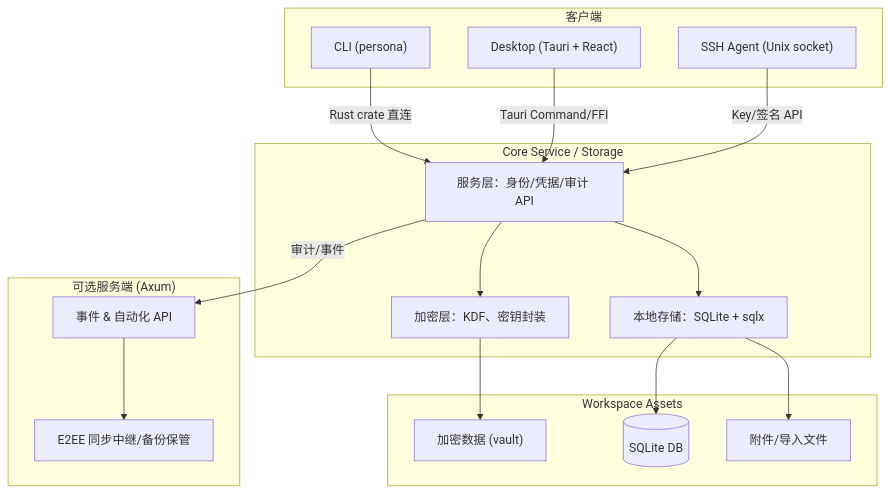
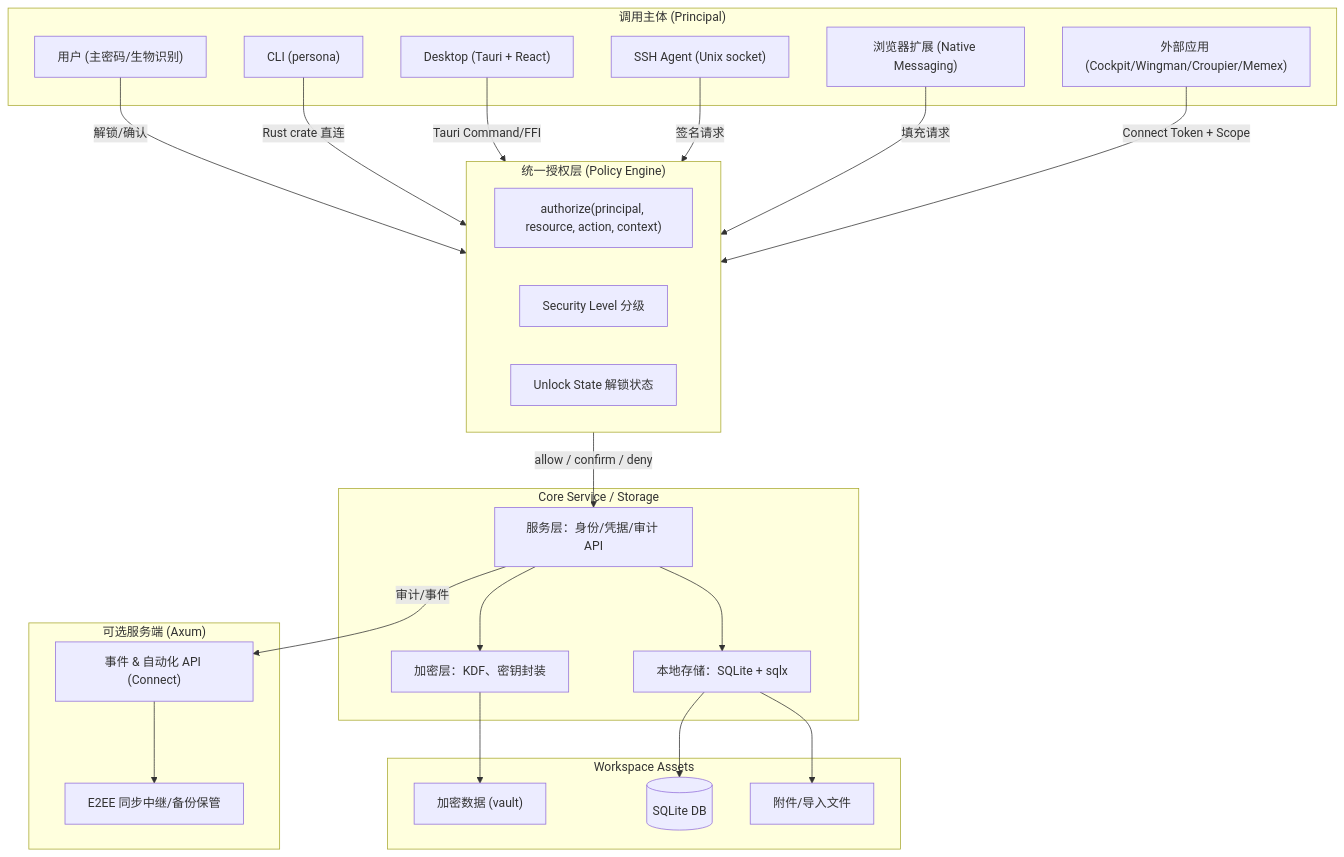
One commit to cuihairu/persona changed the first of 2 diagrams in docs/src/overview/architecture.md. Above: the diagram before and after it, drawn with Mermaid. The commit also changed other lines of this file and 1 other file, not shown here.

Commit message:
docs: add principal authz model and automation contract to architecture

````diff
--- a/docs/src/overview/architecture.md
+++ b/docs/src/overview/architecture.md
@@ -9,38 +9,51 @@
 ```mermaid
 flowchart TB
-    subgraph Clients["客户端"]
-        CLI["CLI (persona)"]
-        Desktop["Desktop (Tauri + React)"]
-        Agent["SSH Agent (Unix socket)"]
+    subgraph Principals["调用主体 (Principal)"]
+        User["用户 (主密码/生物识别)"]
+        CLIP["CLI (persona)"]
+        DesktopP["Desktop (Tauri + React)"]
+        AgentP["SSH Agent (Unix socket)"]
+        ExtP["浏览器扩展 (Native Messaging)"]
+        AppP["外部应用 (Cockpit/Wingman/Croupier/Memex)"]
+    end
+
+    subgraph AuthZ["统一授权层 (Policy Engine)"]
+        PE["authorize(principal, resource, action, context)"]
+        SL["Security Level 分级"]
+        US["Unlock State 解锁状态"]
     end
 
     subgraph Core["Core Service / Storage"]
         Services["服务层：身份/凭据/审计 API"]
         Crypto["加密层：KDF、密钥封装"]
         Storage["本地存储：SQLite + sqlx"]
     end
 
     subgraph Workspace["Workspace Assets"]
         Vault["加密数据 (vault)"]
         DB[(SQLite DB)]
         Files["附件/导入文件"]
     end
 
     subgraph Server["可选服务端 (Axum)"]
-        API["事件 & 自动化 API"]
+        API["事件 & 自动化 API (Connect)"]
         Sync["E2EE 同步中继/备份保管"]
     end
 
-    CLI -->|Rust crate 直连| Services
-    Desktop -->|Tauri Command/FFI| Services
-    Agent -->|Key/签名 API| Services
+    User -->|解锁/确认| AuthZ
+    CLIP -->|Rust crate 直连| AuthZ
+    DesktopP -->|Tauri Command/FFI| AuthZ
+    AgentP -->|签名请求| AuthZ
+    ExtP -->|填充请求| AuthZ
+    AppP -->|Connect Token + Scope| AuthZ
 
+    AuthZ -->|allow / confirm / deny| Services
     Services --> Crypto
     Services --> Storage
     Crypto --> Vault
     Storage --> DB
     Storage --> Files
 
     Services -->|审计/事件| API
     API --> Sync
 ```
````
